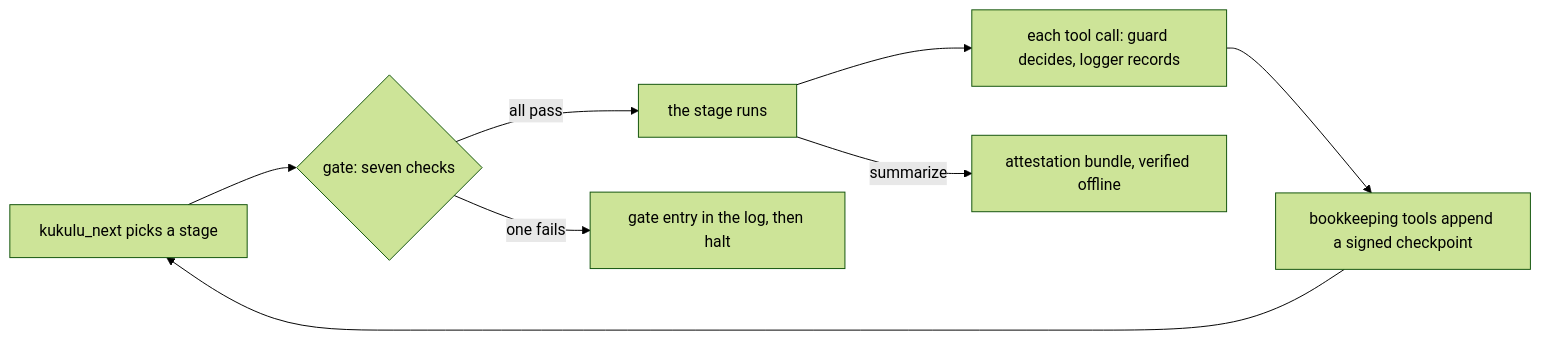
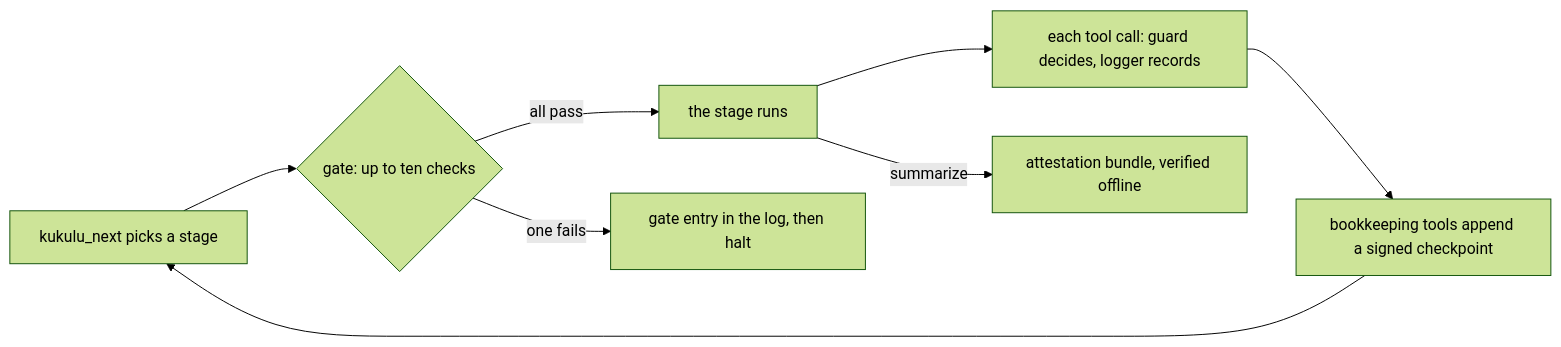
Before and after one commit to DisplaceTech/kukulu: the third of 5 diagrams in docs/architecture.md, drawn with Mermaid (forest theme). The commit also changed other lines of this file and 4 other files, not shown here.

````diff
--- a/docs/architecture.md
+++ b/docs/architecture.md
@@ -107,10 +107,10 @@
 ```mermaid
 flowchart LR
-    N["kukulu_next picks a stage"] --> G{"gate: seven checks"}
+    N["kukulu_next picks a stage"] --> G{"gate: up to ten checks"}
     G -->|"all pass"| S["the stage runs"]
     G -->|"one fails"| H["gate entry in the log, then halt"]
     S --> T["each tool call: guard decides, logger records"]
     T --> C["bookkeeping tools append a signed checkpoint"]
     C --> N
     S -->|"summarize"| A["attestation bundle, verified offline"]
 ```
````
